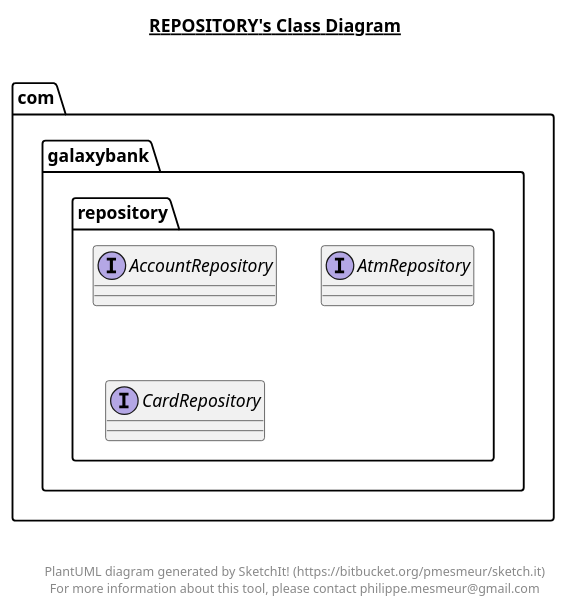
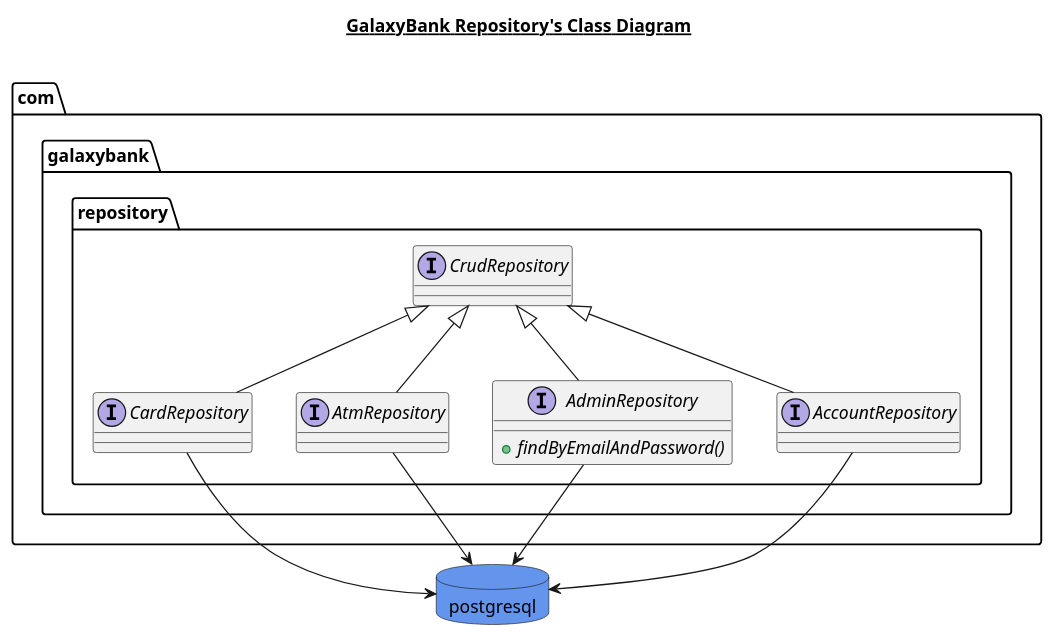
Before and after one commit to josecmarcucci005/galaxybank-atm: the diagram in src/main/java/com/galaxybank/repository/repository.plantuml, drawn with PlantUML. The commit also changed 5 other files, not shown here.

Commit message:
adding final uml diagrams

```diff
--- a/src/main/java/com/galaxybank/repository/repository.plantuml
+++ b/src/main/java/com/galaxybank/repository/repository.plantuml
@@ -1,38 +1,30 @@
 @startuml
 
-title __REPOSITORY's Class Diagram__\n
+title __GalaxyBank Repository's Class Diagram__\n
 
-  namespace com.galaxybank {
-    namespace repository {
-      interface com.galaxybank.repository.AccountRepository {
-      }
-    }
+  database postgresql {
+
   }
-  
 
-  namespace com.galaxybank {
-    namespace repository {
-      interface com.galaxybank.repository.AtmRepository {
-      }
-    }
-  }
-  
-
-  namespace com.galaxybank {
-    namespace repository {
-      interface com.galaxybank.repository.CardRepository {
-      }
-    }
-  }
-  
+  skinparam databaseBackgroundColor CornflowerBlue
 
 
+  namespace com.galaxybank.repository {
+      interface com.galaxybank.repository.CardRepository extends CrudRepository {
+      }
+      interface com.galaxybank.repository.AtmRepository extends CrudRepository{
+      }
+      interface com.galaxybank.repository.AdminRepository extends CrudRepository {
+                {abstract} + findByEmailAndPassword()
+      }
+      interface com.galaxybank.repository.AccountRepository extends CrudRepository {
+      }
+  }
 
-right footer
+  com.galaxybank.repository.CardRepository --> postgresql
+  com.galaxybank.repository.AtmRepository --> postgresql
+  com.galaxybank.repository.AdminRepository --> postgresql
+  com.galaxybank.repository.AccountRepository --> postgresql
 
 
-PlantUML diagram generated by SketchIt! (https://bitbucket.org/pmesmeur/sketch.it)
-For more information about this tool, please contact philippe.mesmeur@gmail.com
-endfooter
-
 @enduml
```
